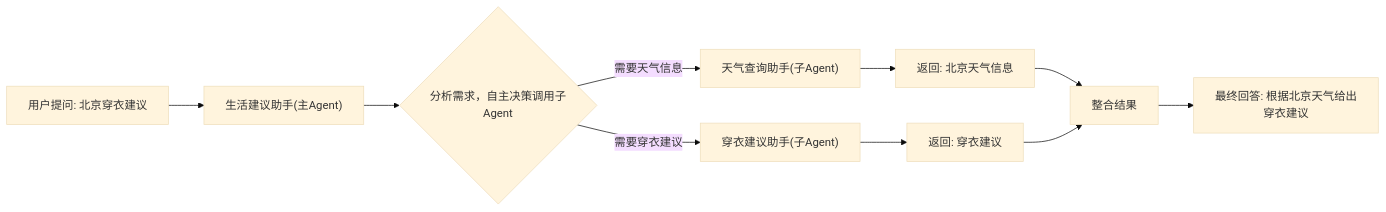
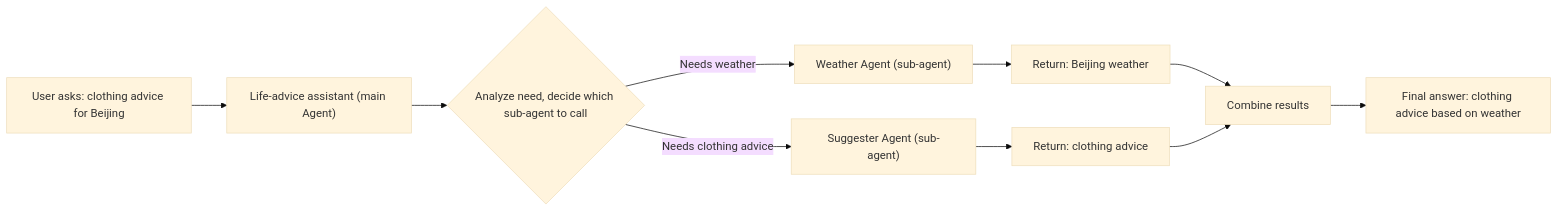
Before and after one commit to volcengine/veadk-python: the first of 4 diagrams in docs/content/docs/framework/agent/multi-agent/overview.en.mdx, drawn with Mermaid (base theme). The commit also changed other lines of this file and 117 other files, not shown here.

````diff
--- a/docs/content/docs/framework/agent/multi-agent/overview.en.mdx
+++ b/docs/content/docs/framework/agent/multi-agent/overview.en.mdx
@@ -49,12 +23,12 @@
 ```mermaid
 graph LR
-    A["用户提问: 北京穿衣建议"] --> B["生活建议助手(主Agent)"]
-    B --> C{"分析需求，自主决策调用子Agent"}
-    C -->|"需要天气信息"| D["天气查询助手(子Agent)"]
-    C -->|"需要穿衣建议"| E["穿衣建议助手(子Agent)"]
-    D --> F["返回: 北京天气信息"]
-    E --> G["返回: 穿衣建议"]
-    F --> H["整合结果"]
+    A["User asks: clothing advice for Beijing"] --> B["Life-advice assistant (main Agent)"]
+    B --> C{"Analyze need, decide which sub-agent to call"}
+    C -->|"Needs weather"| D["Weather Agent (sub-agent)"]
+    C -->|"Needs clothing advice"| E["Suggester Agent (sub-agent)"]
+    D --> F["Return: Beijing weather"]
+    E --> G["Return: clothing advice"]
+    F --> H["Combine results"]
     G --> H
-    H --> I["最终回答: 根据北京天气给出穿衣建议"]
+    H --> I["Final answer: clothing advice based on weather"]
 ```
````
